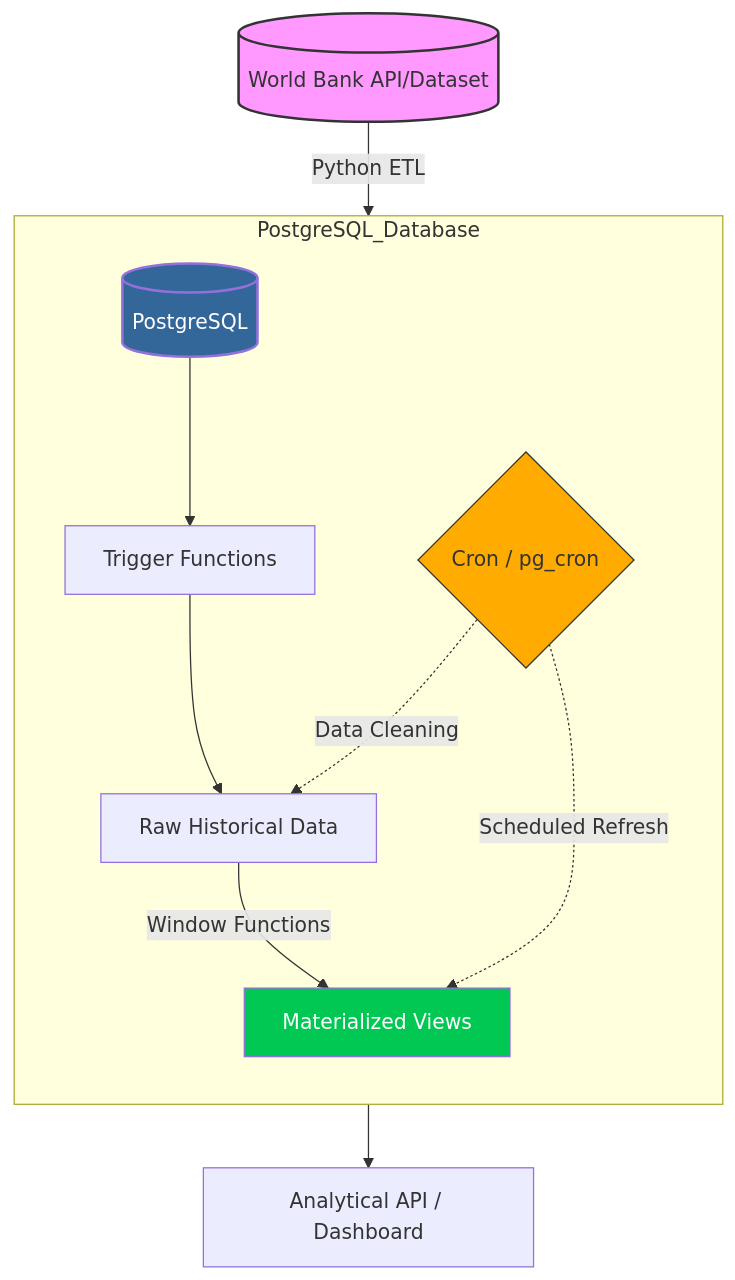
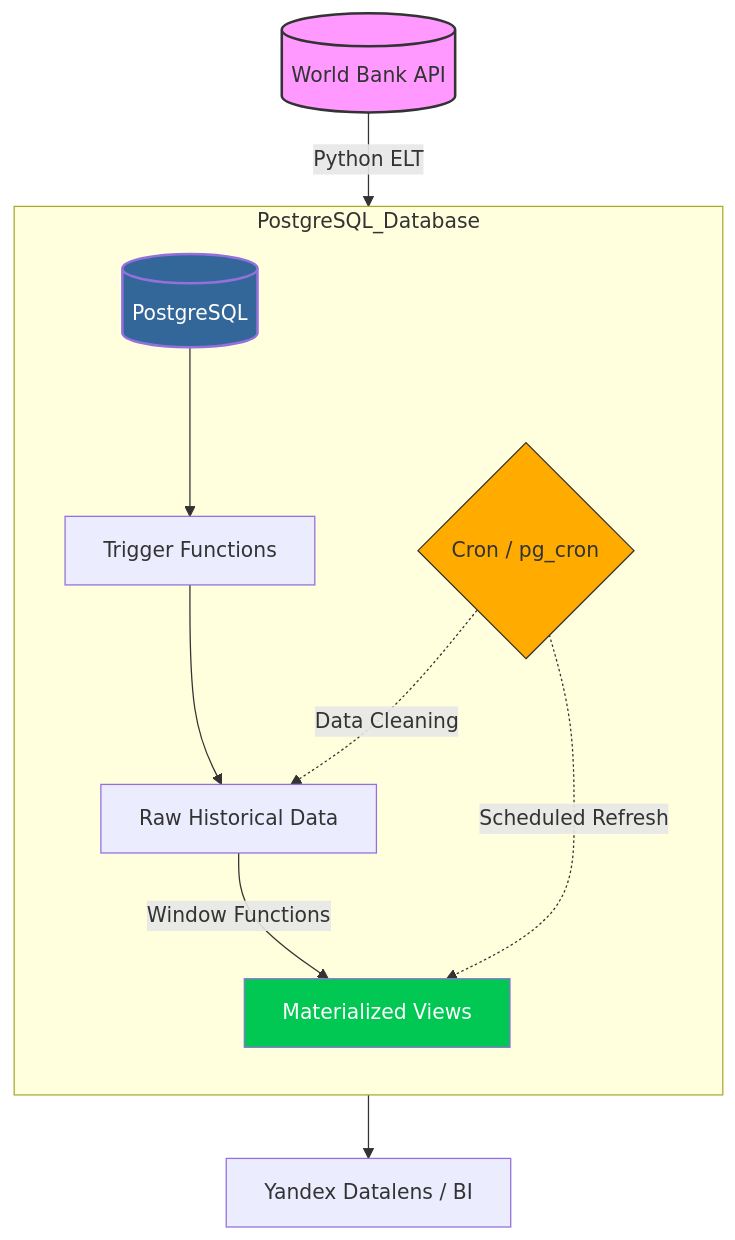
One commit to ososovyan/WB_data_collector changed the diagram in README.md. Above: the diagram before and after it, drawn with Mermaid. The commit also changed other lines of this file, not shown here.

````diff
--- a/README.md
+++ b/README.md
@@ -37,26 +37,26 @@
 ```mermaid
 graph TD
     %% Источник данных
-    WB[(World Bank API/Dataset)] --> |Python ETL| PG[(PostgreSQL)]
+    WB[(World Bank API)] --> |Python ELT| PG[(PostgreSQL)]
 
     %% Внутренняя логика БД
     subgraph PostgreSQL_Database
         direction TB
         PG --> TR[Trigger Functions]
         TR --> RAW[Raw Historical Data]
         
         RAW --> |Window Functions| MV[Materialized Views]
         
         CRON{Cron / pg_cron} -.-> |Scheduled Refresh| MV
         CRON -.-> |Data Cleaning| RAW
     end
 
     %% Выход данных
-    MV --> API[Analytical API / Dashboard]
+    MV --> API[Yandex Datalens / BI ]
     
     %% Стилизация (чтобы было красиво)
     style WB fill:#f9f,stroke:#333,stroke-width:2px
     style PG fill:#336699,color:#fff,stroke-width:2px
     style MV fill:#00c853,color:#fff
     style CRON fill:#ffab00,stroke:#333
 ```
````
